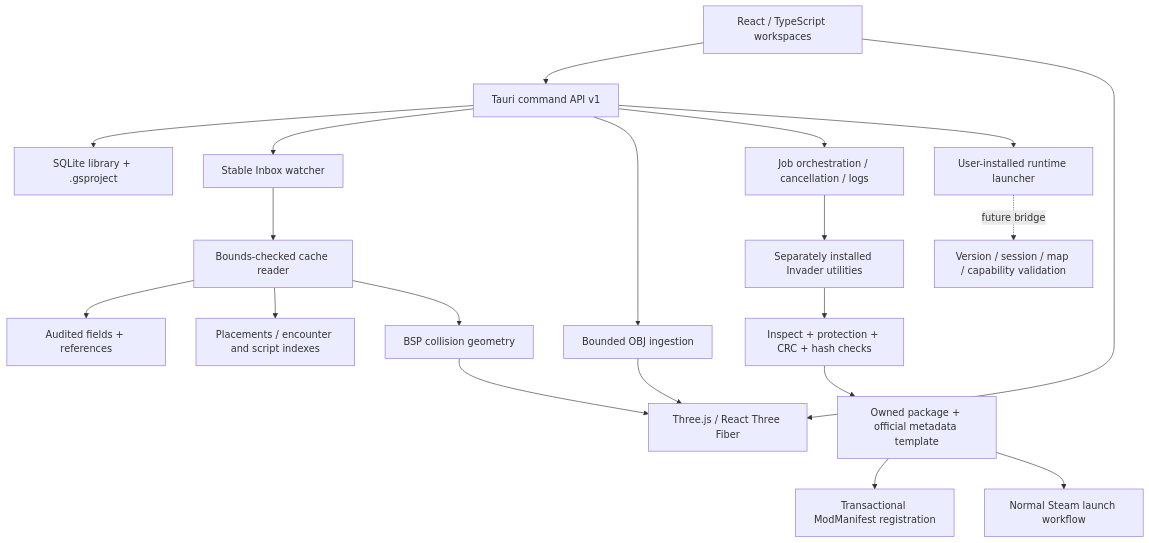
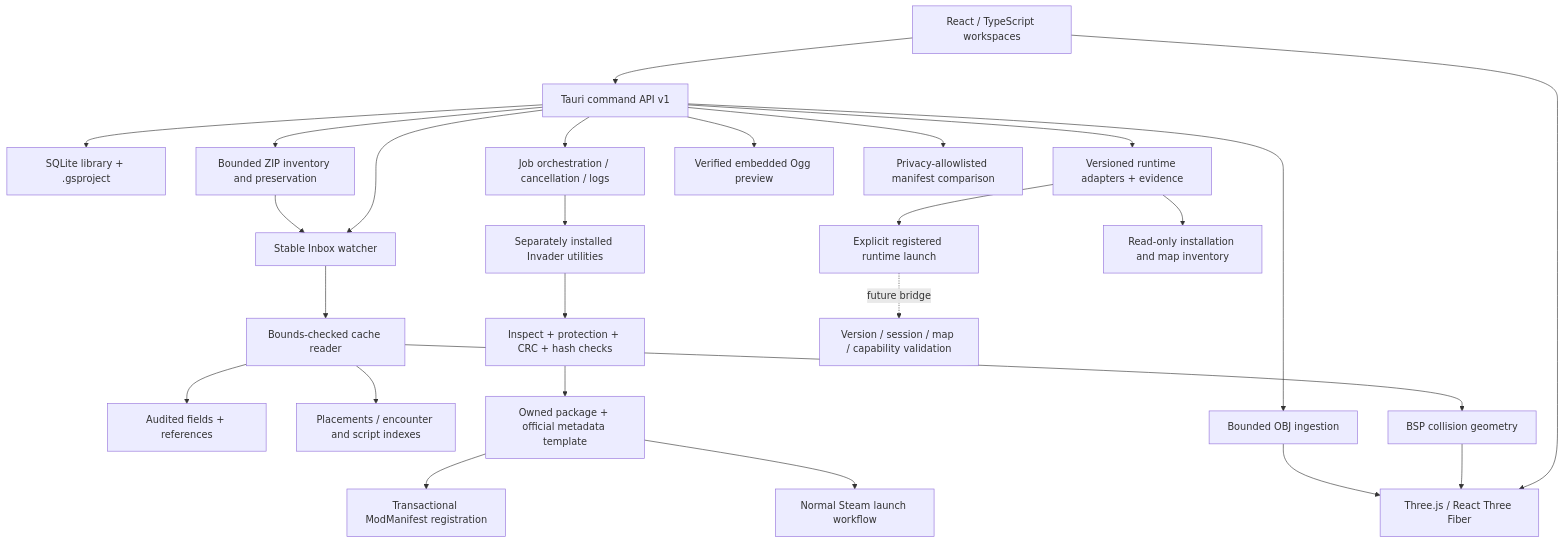
The diagram in docs/ARCHITECTURE.md (LeftoverProductionsTeam/Project-Guilty-Spark), drawn with Mermaid before and after one commit. The commit also changed other lines of this file and 21 other files, not shown here.

````diff
--- a/docs/ARCHITECTURE.md
+++ b/docs/ARCHITECTURE.md
@@ -5,22 +5,28 @@
 ```mermaid
 flowchart TB
   UI[React / TypeScript workspaces] --> API[Tauri command API v1]
   UI --> View[Three.js / React Three Fiber]
   API --> Library[SQLite library + .gsproject]
   API --> Import[Stable Inbox watcher]
   Import --> Parser[Bounds-checked cache reader]
   Parser --> Tags[Audited fields + references]
   Parser --> Scenario[Placements / encounter and script indexes]
   Parser --> Geometry[BSP collision geometry]
   Geometry --> View
   API --> Assets[Bounded OBJ ingestion]
   Assets --> View
   API --> Build[Job orchestration / cancellation / logs]
   Build --> Invader[Separately installed Invader utilities]
   Invader --> Output[Inspect + protection + CRC + hash checks]
   Output --> MCC[Owned package + official metadata template]
   MCC --> Manifest[Transactional ModManifest registration]
   MCC --> Steam[Normal Steam launch workflow]
-  API --> Native[User-installed runtime launcher]
+  API --> Adapters[Versioned runtime adapters + evidence]
+  Adapters --> Native[Explicit registered runtime launch]
+  Adapters --> Inventory[Read-only installation and map inventory]
+  API --> ZIP[Bounded ZIP inventory and preservation]
+  ZIP --> Import
+  API --> Audio[Verified embedded Ogg preview]
+  API --> Peers[Privacy-allowlisted manifest comparison]
   Native -. future bridge .-> Protocol[Version / session / map / capability validation]
 ```
````
